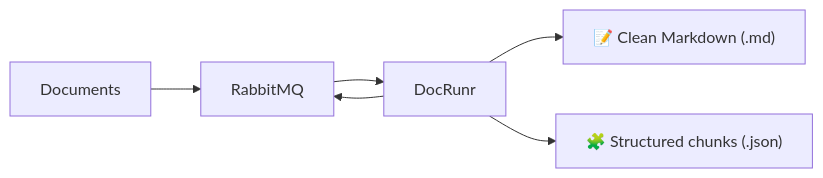
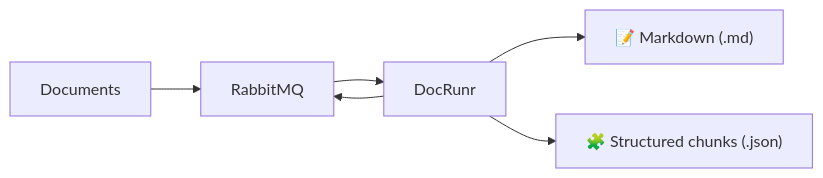
One commit to docrunr/docrunr changed the diagram in README.md. Above: the diagram before and after it, drawn with Mermaid. The commit also changed other lines of this file and 1 other file, not shown here.

First line of the commit message:
docs: update README and SPEC for clarity on Markdown output

````diff
--- a/README.md
+++ b/README.md
@@ -42,8 +42,8 @@
 ```mermaid
 flowchart LR
     A[Documents] --> B[RabbitMQ]
     B --> C[DocRunr]
     C --> B
-    C --> D["📝 Clean Markdown (.md)"]
+    C --> D["📝 Markdown (.md)"]
     C --> E["🧩 Structured chunks (.json)"]
 ```
````
